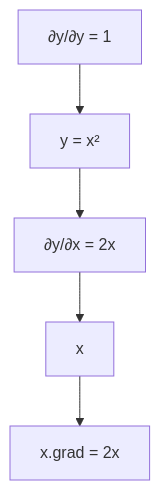
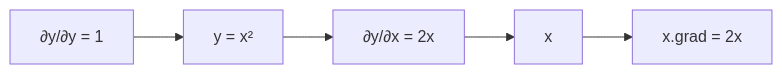
The diagram in _posts/2026-07-01-autograd.md (JongWoocheon/JongWoocheon.github.io), drawn with Mermaid before and after one commit. The commit also changed other lines of this file and 3 other files, not shown here.

```diff
--- a/_posts/2026-07-01-autograd.md
+++ b/_posts/2026-07-01-autograd.md
@@ -101,7 +99,7 @@
 <div class="mermaid">
-flowchart TD
+flowchart LR
     start["∂y/∂y = 1"] --> y["y = x²"]
     y --> local["∂y/∂x = 2x"]
     local --> x["x"]
     x --> out["x.grad = 2x"]
 </div>
```
